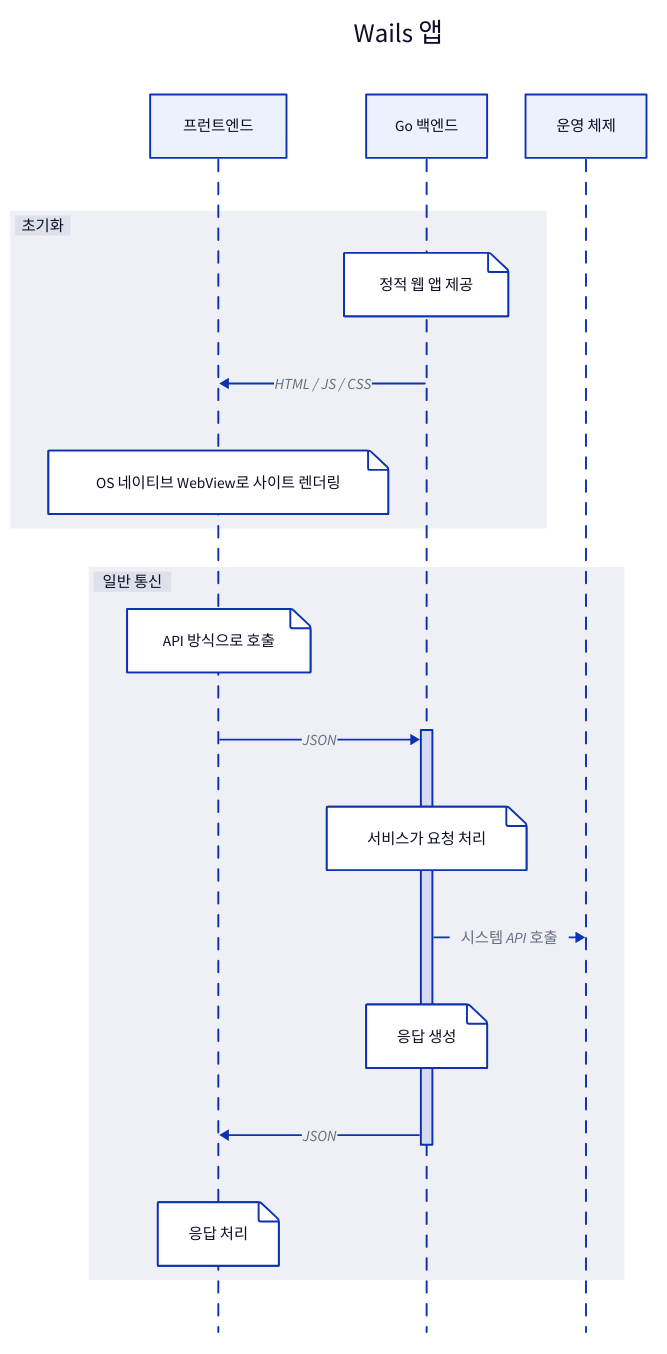
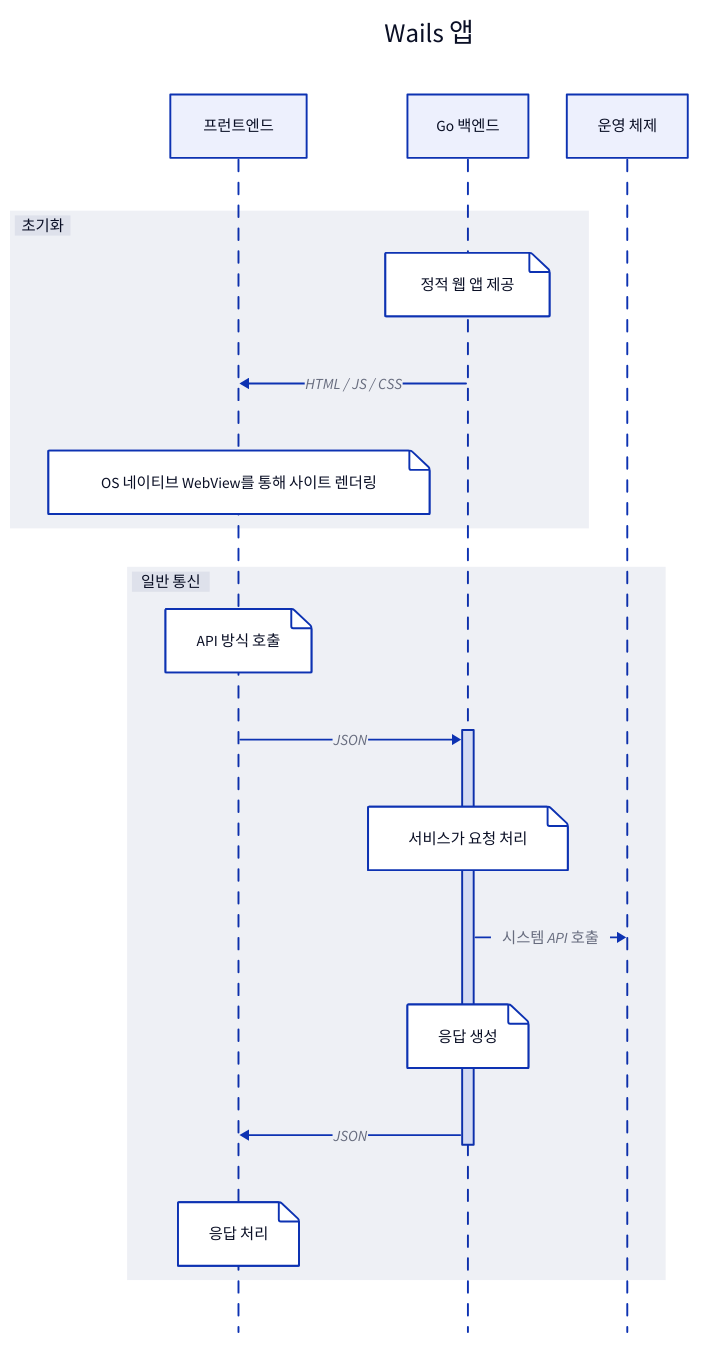
The first of 8 diagrams in docs/mpress/content/ko/concepts/architecture.md (wailsapp/wails), drawn with D2 before and after one commit. The commit also changed other lines of this file and 1096 other files, not shown here.

````diff
--- a/docs/mpress/content/ko/concepts/architecture.md
+++ b/docs/mpress/content/ko/concepts/architecture.md
@@ -10,30 +10,30 @@
 ```d2
 direction: left
 
 Wails App: {
   shape: sequence_diagram
   label: Wails 앱
 
   frontend: 프런트엔드
   backend: Go 백엔드
   os: 운영 체제
 
   Initialisation: 초기화 {
     shape: sequence_diagram
     backend."Serves Static Web App": 정적 웹 앱 제공
     backend -> frontend: HTML / JS / CSS
-    frontend."Render Site via OS-native WebView": OS 네이티브 WebView로 사이트 렌더링
+    frontend."Render Site via OS-native WebView": OS 네이티브 WebView를 통해 사이트 렌더링
   }
   Regular Communication: 일반 통신 {
     shape: sequence_diagram
-    frontend."Make API-style call": API 방식으로 호출
+    frontend."Make API-style call": API 방식 호출
     frontend -> backend.a: JSON
     backend.a."Service processes request": 서비스가 요청 처리
     backend.a -> os: 시스템 API 호출
     backend.a."Generate Response": 응답 생성
     backend.a -> frontend: JSON
     frontend."Process response": 응답 처리
   }
   backend.a.label: a
 }
 ```
````
